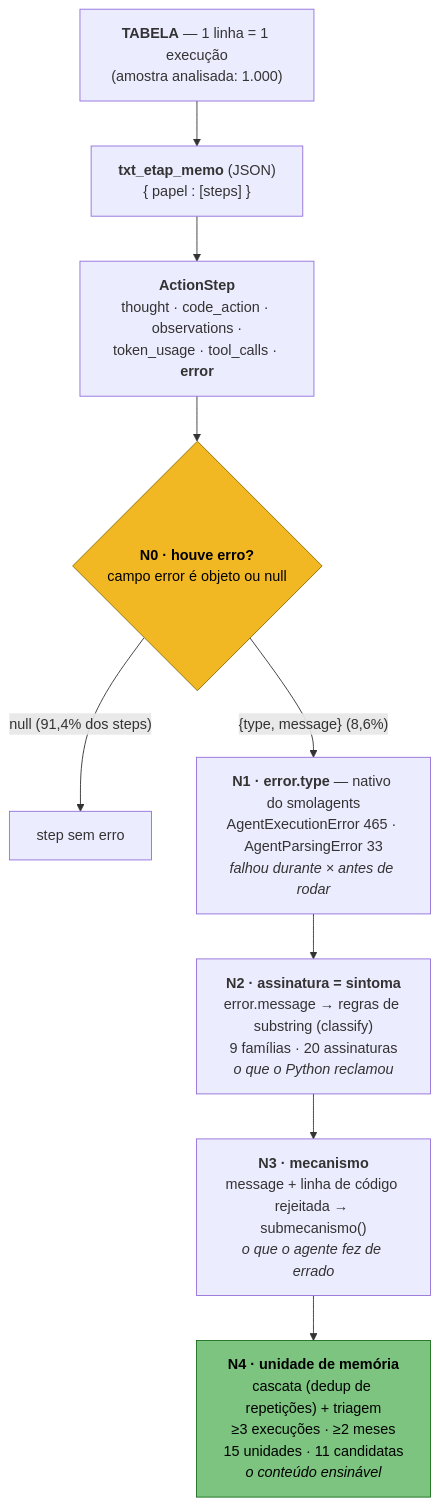
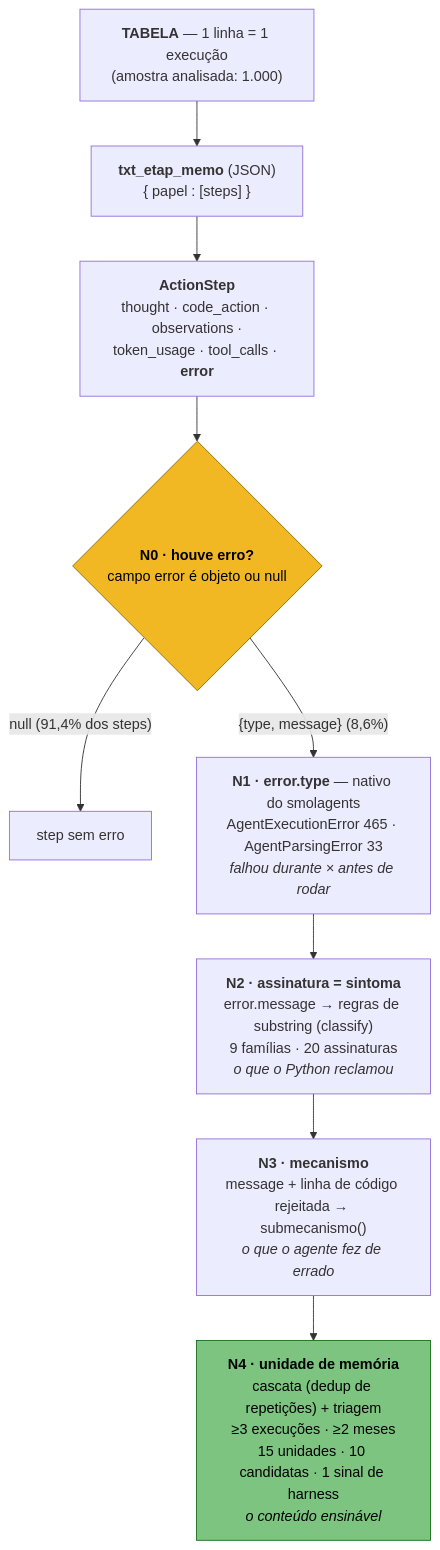
One commit to rc-ventura/memory_layer_ai_agents changed the diagram in analysis/schema-e-taxonomia-de-erros.md. Above: the diagram before and after it, drawn with Mermaid. The commit also changed other lines of this file and 14 other files, not shown here.

First line of the commit message:
analysis: decisão da mineração entra na triagem — a nº10 vira "sinal de harness" (Ajuste 5)

````diff
--- a/analysis/schema-e-taxonomia-de-erros.md
+++ b/analysis/schema-e-taxonomia-de-erros.md
@@ -101,13 +101,13 @@
 ```mermaid
 flowchart TD
     T["<b>TABELA</b> — 1 linha = 1 execução<br/>(amostra analisada: 1.000)"] --> M["<b>txt_etap_memo</b> (JSON)<br/>{ papel : [steps] }"]
     M --> AS["<b>ActionStep</b><br/>thought · code_action · observations ·<br/>token_usage · tool_calls · <b>error</b>"]
     AS --> N0{"<b>N0 · houve erro?</b><br/>campo error é objeto ou null"}
     N0 -- "null (91,4% dos steps)" --> OK["step sem erro"]
     N0 -- "{type, message} (8,6%)" --> N1["<b>N1 · error.type</b> — nativo do smolagents<br/>AgentExecutionError 465 · AgentParsingError 33<br/><i>falhou durante × antes de rodar</i>"]
     N1 --> N2["<b>N2 · assinatura = sintoma</b><br/>error.message → regras de substring (classify)<br/>9 famílias · 20 assinaturas<br/><i>o que o Python reclamou</i>"]
     N2 --> N3["<b>N3 · mecanismo</b><br/>message + linha de código rejeitada → submecanismo()<br/><i>o que o agente fez de errado</i>"]
-    N3 --> N4["<b>N4 · unidade de memória</b><br/>cascata (dedup de repetições) + triagem<br/>≥3 execuções · ≥2 meses<br/>15 unidades · 11 candidatas<br/><i>o conteúdo ensinável</i>"]
+    N3 --> N4["<b>N4 · unidade de memória</b><br/>cascata (dedup de repetições) + triagem<br/>≥3 execuções · ≥2 meses<br/>15 unidades · 10 candidatas · 1 sinal de harness<br/><i>o conteúdo ensinável</i>"]
     style N0 fill:#f2b824,stroke:#8a6d00,color:#000
     style N4 fill:#7cc47f,stroke:#1a6e1e,color:#000
 ```
````
